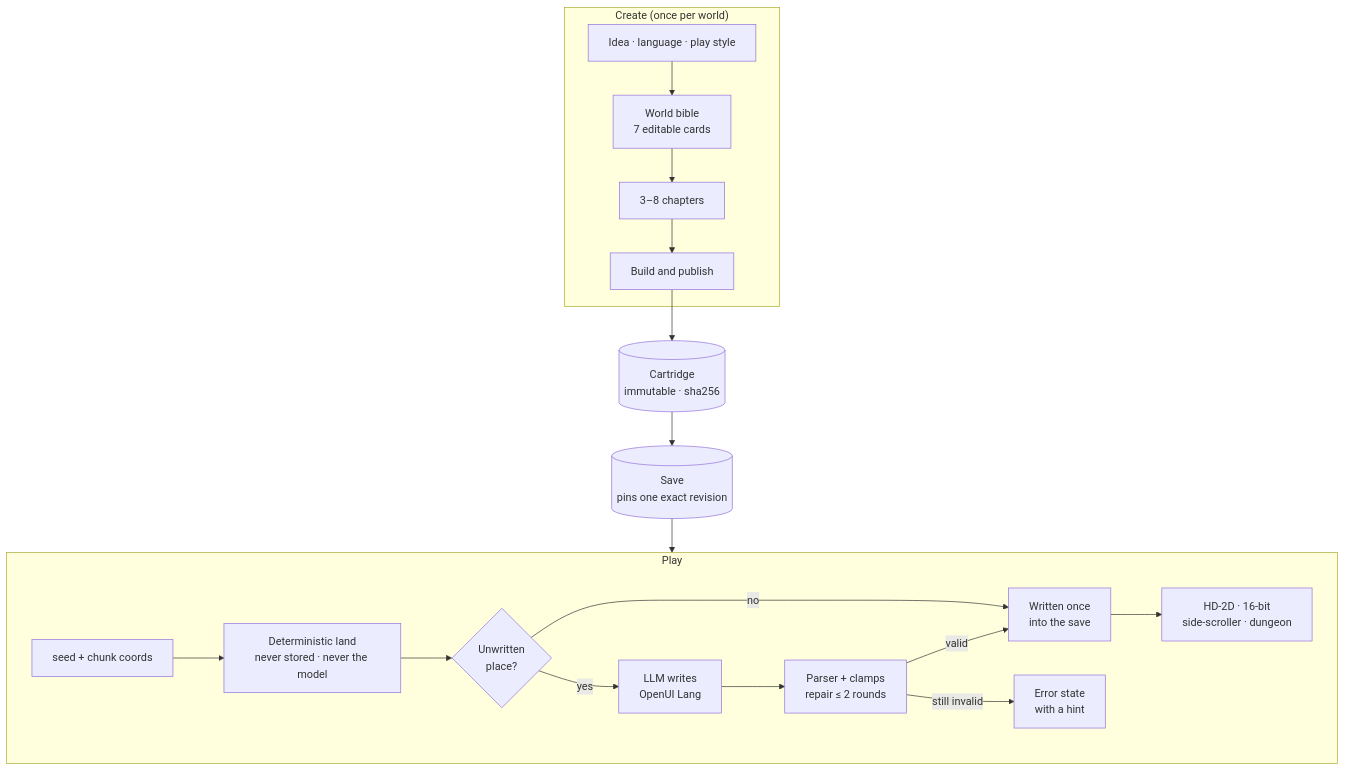
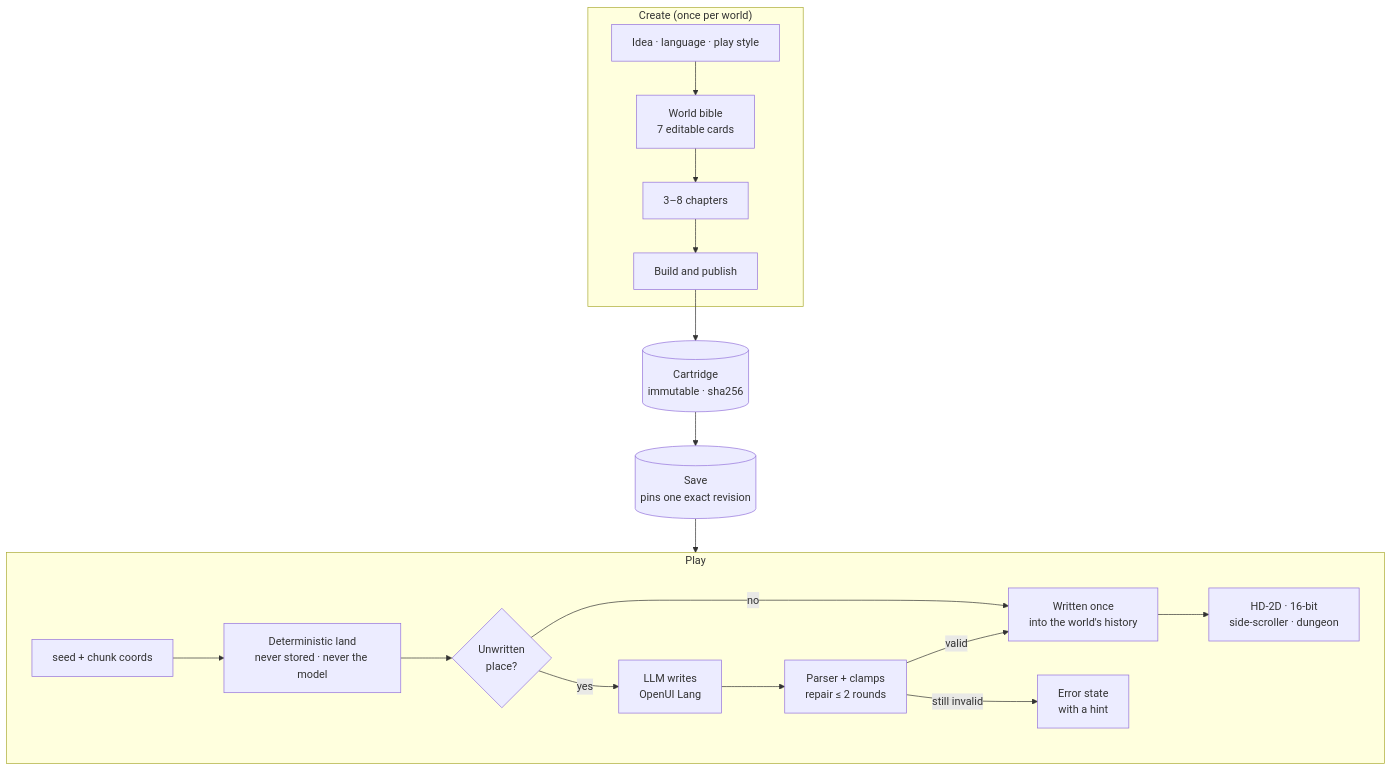
Before and after one commit to p2p-solidarity/unmapped: the diagram in README.md, drawn with Mermaid. The commit also changed other lines of this file and 5 other files, not shown here.

````diff
--- a/README.md
+++ b/README.md
@@ -193,22 +235,22 @@
 ```mermaid
 flowchart TB
   subgraph create["Create (once per world)"]
     idea["Idea · language · play style"] --> bible["World bible<br/>7 editable cards"]
     bible --> chapters["3–8 chapters"]
     chapters --> build["Build and publish"]
   end
   build --> cart[("Cartridge<br/>immutable · sha256")]
   cart --> save[("Save<br/>pins one exact revision")]
   subgraph play["Play"]
     direction LR
     seed["seed + chunk coords"] --> land["Deterministic land<br/>never stored · never the model"]
     land --> first{"Unwritten<br/>place?"}
     first -- "yes" --> llm["LLM writes<br/>OpenUI Lang"]
     llm --> parser["Parser + clamps<br/>repair ≤ 2 rounds"]
-    parser -- "valid" --> written["Written once<br/>into the save"]
+    parser -- "valid" --> written["Written once<br/>into the world's history"]
     parser -- "still invalid" --> err["Error state<br/>with a hint"]
     first -- "no" --> written
     written --> draw["HD-2D · 16-bit<br/>side-scroller · dungeon"]
   end
   save --> play
 ```
````
